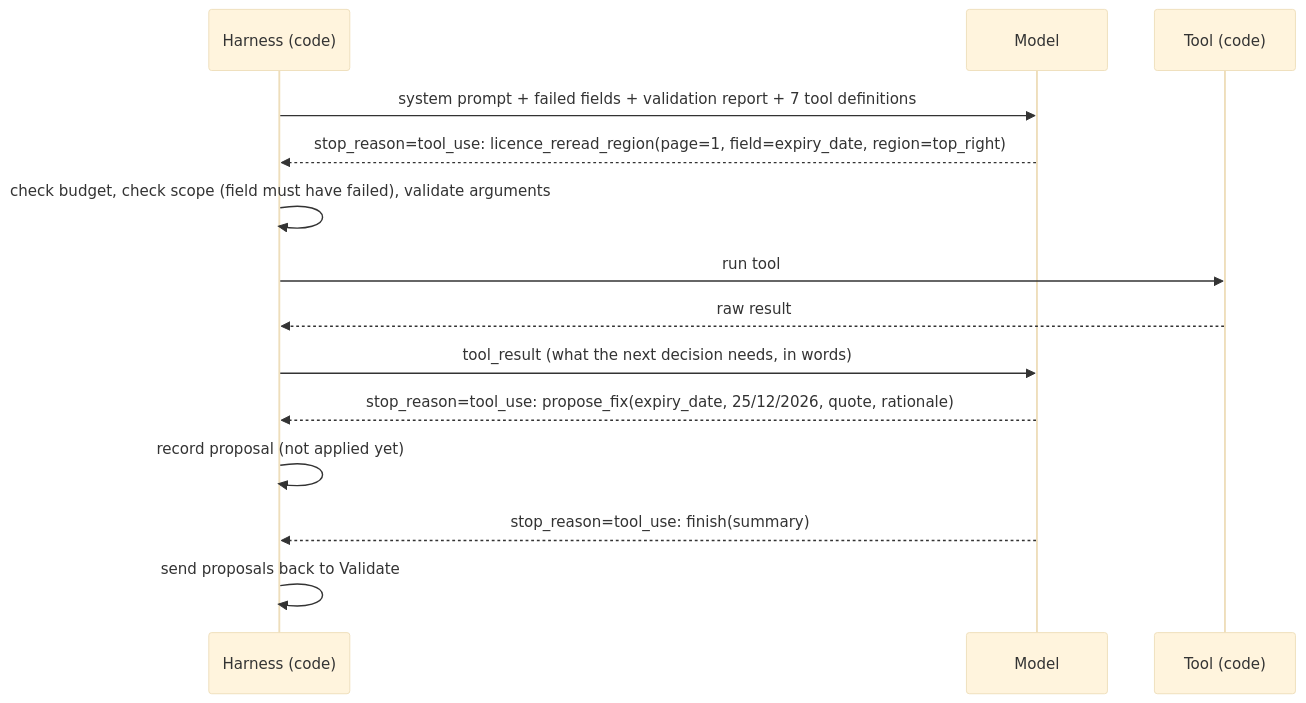
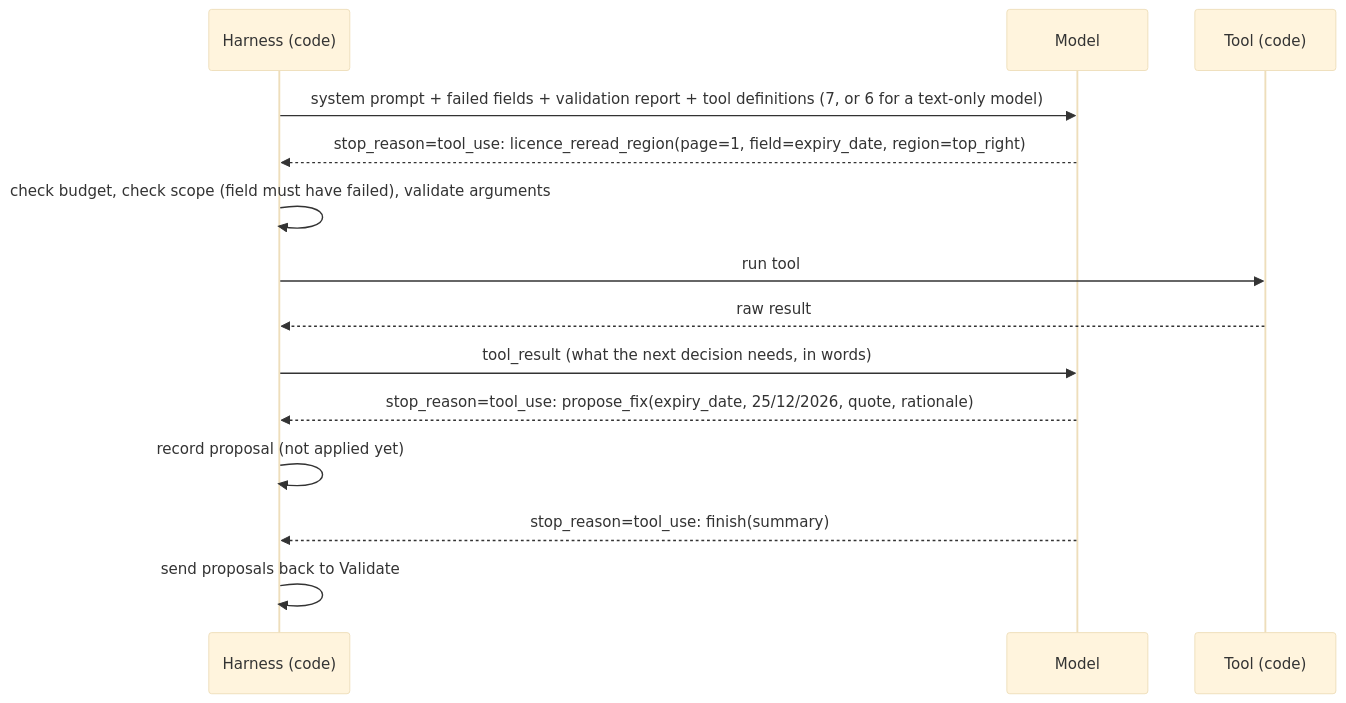
The third of 7 diagrams in docs/architecture.md (mutaiib/licence-to-kyb), drawn with Mermaid (base theme) before and after one commit. The commit also changed other lines of this file and 16 other files, not shown here.

Commit message:
docs: diagrams, status, glossary, reference, and a full docs review (#24)

````diff
--- a/docs/architecture.md
+++ b/docs/architecture.md
@@ -236,16 +255,16 @@
 ```mermaid
 sequenceDiagram
     participant H as Harness (code)
     participant M as Model
     participant T as Tool (code)
-    H->>M: system prompt + failed fields + validation report + 7 tool definitions
+    H->>M: system prompt + failed fields + validation report + tool definitions (7, or 6 for a text-only model)
     M-->>H: stop_reason=tool_use: licence_reread_region(page=1, field=expiry_date, region=top_right)
     H->>H: check budget, check scope (field must have failed), validate arguments
     H->>T: run tool
     T-->>H: raw result
     H->>M: tool_result (what the next decision needs, in words)
     M-->>H: stop_reason=tool_use: propose_fix(expiry_date, 25/12/2026, quote, rationale)
     H->>H: record proposal (not applied yet)
     M-->>H: stop_reason=tool_use: finish(summary)
     H->>H: send proposals back to Validate
 ```
````
